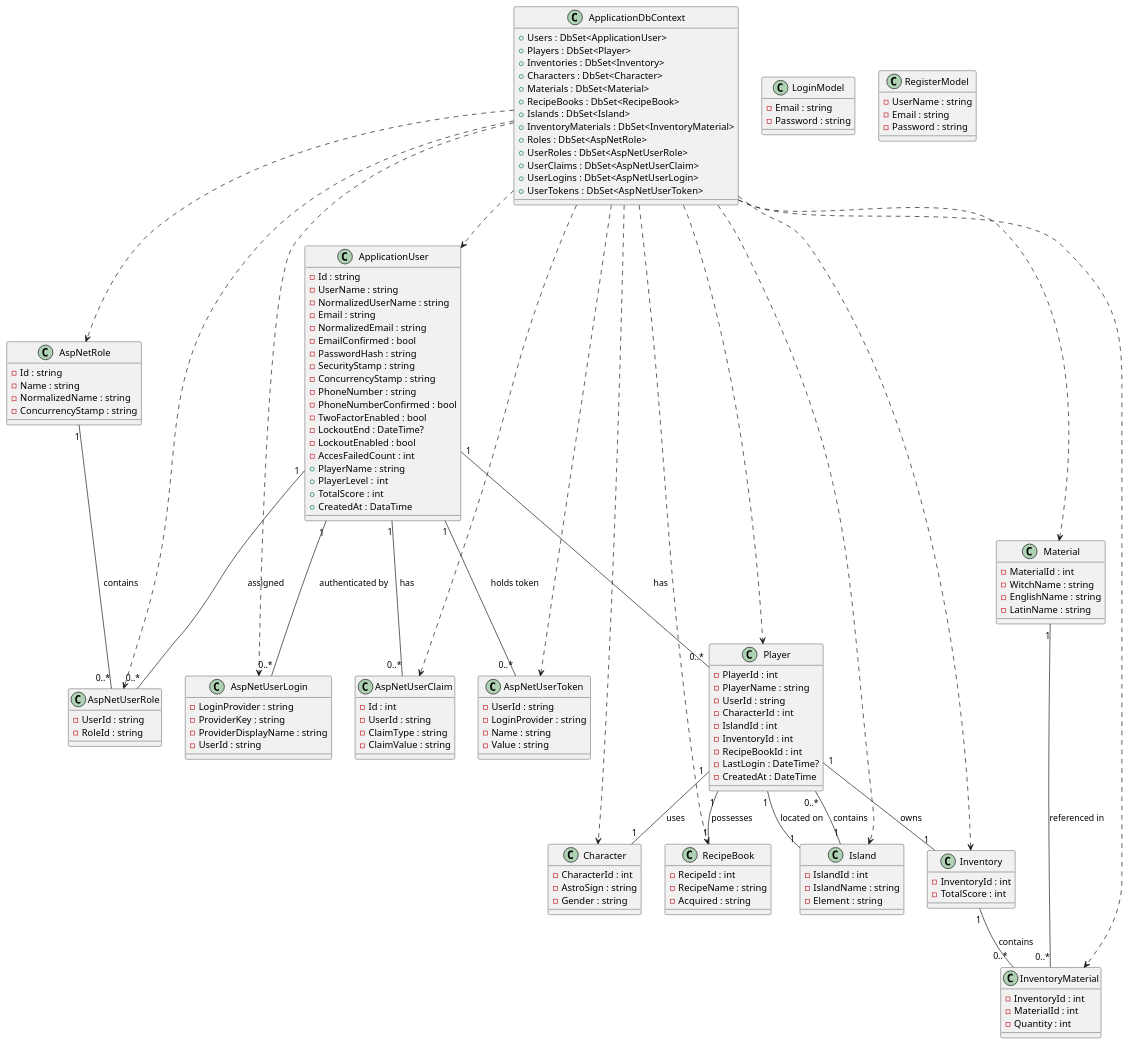
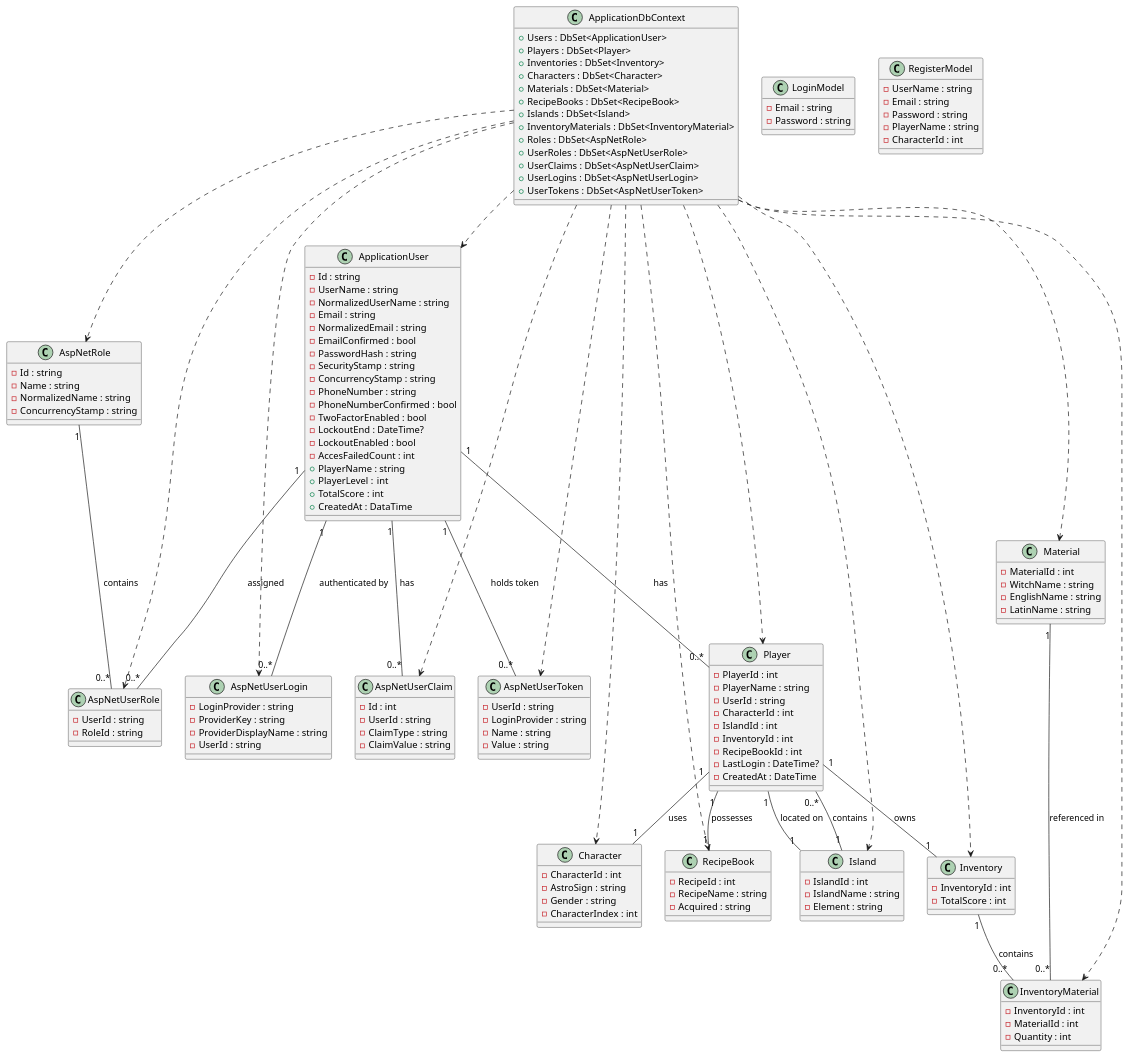
One commit to PBB2020/AstroWheelAPI changed the diagram in UML Diagrams/domain-model.puml. Above: the diagram before and after it, drawn with PlantUML.

Commit message:
UML diagram

```diff
--- a/UML Diagrams/domain-model.puml
+++ b/UML Diagrams/domain-model.puml
@@ -1,180 +1,183 @@
 @startuml
 
 ' ---------------------------
 ' Alapos osztályok definiálása
 ' ---------------------------
 
 class ApplicationUser {
 	- Id : string
 	- UserName : string
 	- NormalizedUserName : string
 	- Email : string
 	- NormalizedEmail : string
 	- EmailConfirmed : bool
 	- PasswordHash : string
 	- SecurityStamp : string
 	- ConcurrencyStamp : string
 	- PhoneNumber : string
 	- PhoneNumberConfirmed : bool
 	- TwoFactorEnabled : bool
 	- LockoutEnd : DateTime?
 	- LockoutEnabled : bool
 	- AccesFailedCount : int
 	+ PlayerName : string
 	+ PlayerLevel :	int
 	+ TotalScore : int
 	+ CreatedAt : DataTime
 }
 
 class AspNetRole {
   - Id : string
   - Name : string
   - NormalizedName : string
   - ConcurrencyStamp : string
 }
 
 class AspNetUserRole {
   - UserId : string
   - RoleId : string
 }
 
 class AspNetUserClaim {
   - Id : int
   - UserId : string
   - ClaimType : string
   - ClaimValue : string
 }
 
 class AspNetUserLogin {
   - LoginProvider : string
   - ProviderKey : string
   - ProviderDisplayName : string
   - UserId : string
 }
 
 class AspNetUserToken {
   - UserId : string
   - LoginProvider : string
   - Name : string
   - Value : string
 }
 
 class LoginModel {
   - Email : string
   - Password : string
 }
 
 class RegisterModel {
     - UserName : string
     - Email : string
     - Password : string
+	- PlayerName : string
+	- CharacterId : int
 }
 
 ' ---------------------------
 ' Egyéb osztályok
 ' ---------------------------
 
 class Character {
   - CharacterId : int
   - AstroSign : string
   - Gender : string
+  - CharacterIndex : int
 }
 
 class Inventory {
   - InventoryId : int
   - TotalScore : int
 }
 
 class InventoryMaterial {
   - InventoryId : int
   - MaterialId : int
   - Quantity : int
 }
 
 class Island {
   - IslandId : int
   - IslandName : string
   - Element : string
 }
 
 class Material {
   - MaterialId : int
   - WitchName : string
   - EnglishName : string
   - LatinName : string
 }
 
 class Player {
   - PlayerId : int
   - PlayerName : string
   - UserId : string
   - CharacterId : int
   - IslandId : int
   - InventoryId : int
   - RecipeBookId : int
   - LastLogin : DateTime?
   - CreatedAt : DateTime
 }
 
 class RecipeBook {
   - RecipeId : int
   - RecipeName : string
   - Acquired : string
 }
 
 ' ---------------------------
 ' Kapcsolatok beállítása
 ' ---------------------------
 
 ApplicationUser "1" -- "0..*" Player : has
 Player "1" -- "1" Character : uses
 Player "1" -- "1" Island : located on
 Player "1" -- "1" Inventory : owns
 Player "1" -- "1" RecipeBook : possesses
 Island "1" -- "0..*" Player : contains
 Inventory "1" -- "0..*" InventoryMaterial : contains
 Material "1" -- "0..*" InventoryMaterial : referenced in
 
 ' ASP.NET Identity kapcsolatok
 ApplicationUser "1" -- "0..*" AspNetUserRole : assigned
 AspNetRole "1" -- "0..*" AspNetUserRole : contains
 ApplicationUser "1" -- "0..*" AspNetUserClaim : has
 ApplicationUser "1" -- "0..*" AspNetUserLogin : authenticated by
 ApplicationUser "1" -- "0..*" AspNetUserToken : holds token
 
 ' ---------------------------
 ' ApplicationDbContext osztály (DbSet-ekkel)
 ' ---------------------------
 
 class ApplicationDbContext {
   + Users : DbSet<ApplicationUser>
   + Players : DbSet<Player>
   + Inventories : DbSet<Inventory>
   + Characters : DbSet<Character>
   + Materials : DbSet<Material>
   + RecipeBooks : DbSet<RecipeBook>
   + Islands : DbSet<Island>
   + InventoryMaterials : DbSet<InventoryMaterial>
   + Roles : DbSet<AspNetRole>
   + UserRoles : DbSet<AspNetUserRole>
   + UserClaims : DbSet<AspNetUserClaim>
   + UserLogins : DbSet<AspNetUserLogin>
   + UserTokens : DbSet<AspNetUserToken>
 }
 
 ' A context "has" a domain entitásokat (lágy függőségek)
 ApplicationDbContext ..> ApplicationUser
 ApplicationDbContext ..> Player
 ApplicationDbContext ..> Inventory
 ApplicationDbContext ..> InventoryMaterial
 ApplicationDbContext ..> Character
 ApplicationDbContext ..> Material
 ApplicationDbContext ..> RecipeBook
 ApplicationDbContext ..> Island
 ApplicationDbContext ..> AspNetRole
 ApplicationDbContext ..> AspNetUserRole
 ApplicationDbContext ..> AspNetUserClaim
 ApplicationDbContext ..> AspNetUserLogin
 ApplicationDbContext ..> AspNetUserToken
 
 @enduml
```
